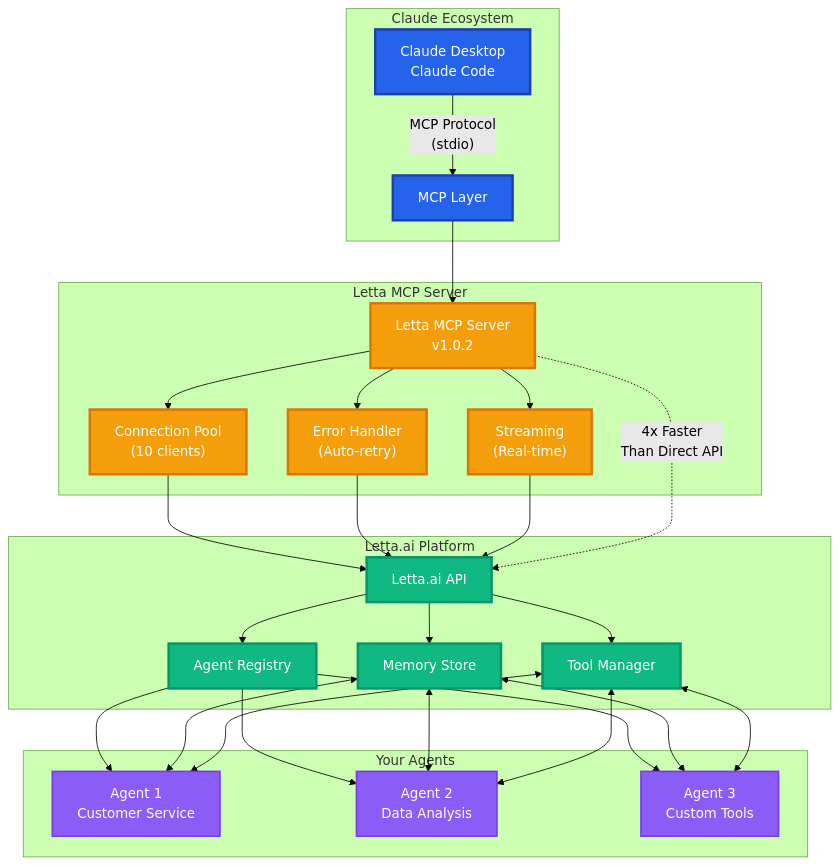
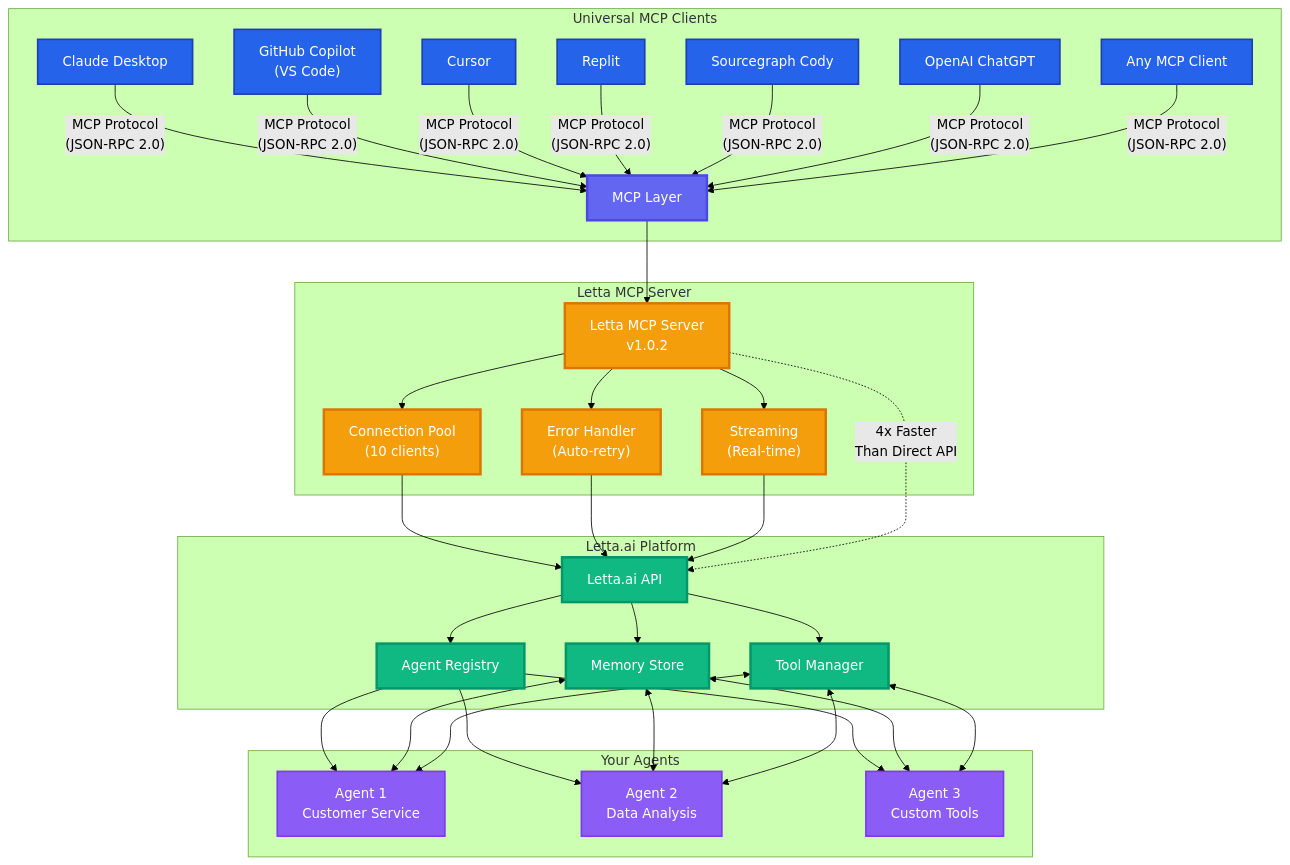
Before and after one commit to SNYCFIRE-CORE/letta-mcp-server: the diagram in diagrams/src/architecture.mmd, drawn with Mermaid (forest theme). The commit also changed 13 other files, not shown here.

First line of the commit message:
🌐 Universal MCP rebranding - Complete ecosystem transformation

```diff
--- a/diagrams/src/architecture.mmd
+++ b/diagrams/src/architecture.mmd
@@ -1,47 +1,62 @@
 flowchart TB
-    subgraph "Claude Ecosystem"
-        CD["Claude Desktop<br/>Claude Code"]
-        CD -->|"MCP Protocol<br/>(stdio)"| MP["MCP Layer"]
+    subgraph "Universal MCP Clients"
+        CD["Claude Desktop"]
+        GH["GitHub Copilot<br/>(VS Code)"]
+        CU["Cursor"]
+        RP["Replit"]
+        SC["Sourcegraph Cody"]
+        OA["OpenAI ChatGPT"]
+        OT["Any MCP Client"]
+        
+        CD -->|"MCP Protocol<br/>(JSON-RPC 2.0)"| MP["MCP Layer"]
+        GH -->|"MCP Protocol<br/>(JSON-RPC 2.0)"| MP
+        CU -->|"MCP Protocol<br/>(JSON-RPC 2.0)"| MP
+        RP -->|"MCP Protocol<br/>(JSON-RPC 2.0)"| MP
+        SC -->|"MCP Protocol<br/>(JSON-RPC 2.0)"| MP
+        OA -->|"MCP Protocol<br/>(JSON-RPC 2.0)"| MP
+        OT -->|"MCP Protocol<br/>(JSON-RPC 2.0)"| MP
     end
     
     subgraph "Letta MCP Server"
         MP --> LS["Letta MCP Server<br/>v1.0.2"]
         LS --> CP["Connection Pool<br/>(10 clients)"]
         LS --> EH["Error Handler<br/>(Auto-retry)"]
         LS --> ST["Streaming<br/>(Real-time)"]
     end
     
     subgraph "Letta.ai Platform"
         CP --> LA["Letta.ai API"]
         EH --> LA
         ST --> LA
         LA --> AG["Agent Registry"]
         LA --> MM["Memory Store"]
         LA --> TM["Tool Manager"]
     end
     
     subgraph "Your Agents"
         AG --> A1["Agent 1<br/>Customer Service"]
         AG --> A2["Agent 2<br/>Data Analysis"]
         AG --> A3["Agent 3<br/>Custom Tools"]
         MM <--> A1
         MM <--> A2
         MM <--> A3
         TM <--> A1
         TM <--> A2
         TM <--> A3
     end
     
     %% Styling
-    classDef claudeStyle fill:#2563eb,stroke:#1e40af,color:#fff,stroke-width:3px
+    classDef clientStyle fill:#2563eb,stroke:#1e40af,color:#fff,stroke-width:2px
+    classDef protocolStyle fill:#6366f1,stroke:#4f46e5,color:#fff,stroke-width:3px
     classDef lettaStyle fill:#10b981,stroke:#059669,color:#fff,stroke-width:3px
     classDef serverStyle fill:#f59e0b,stroke:#d97706,color:#fff,stroke-width:3px
     classDef agentStyle fill:#8b5cf6,stroke:#7c3aed,color:#fff,stroke-width:2px
     
-    class CD,MP claudeStyle
+    class CD,GH,CU,RP,SC,OA,OT clientStyle
+    class MP protocolStyle
     class LS,CP,EH,ST serverStyle
     class LA,AG,MM,TM lettaStyle
     class A1,A2,A3 agentStyle
     
     %% Performance annotation
     LS -.->|"4x Faster<br/>Than Direct API"| LA
```
